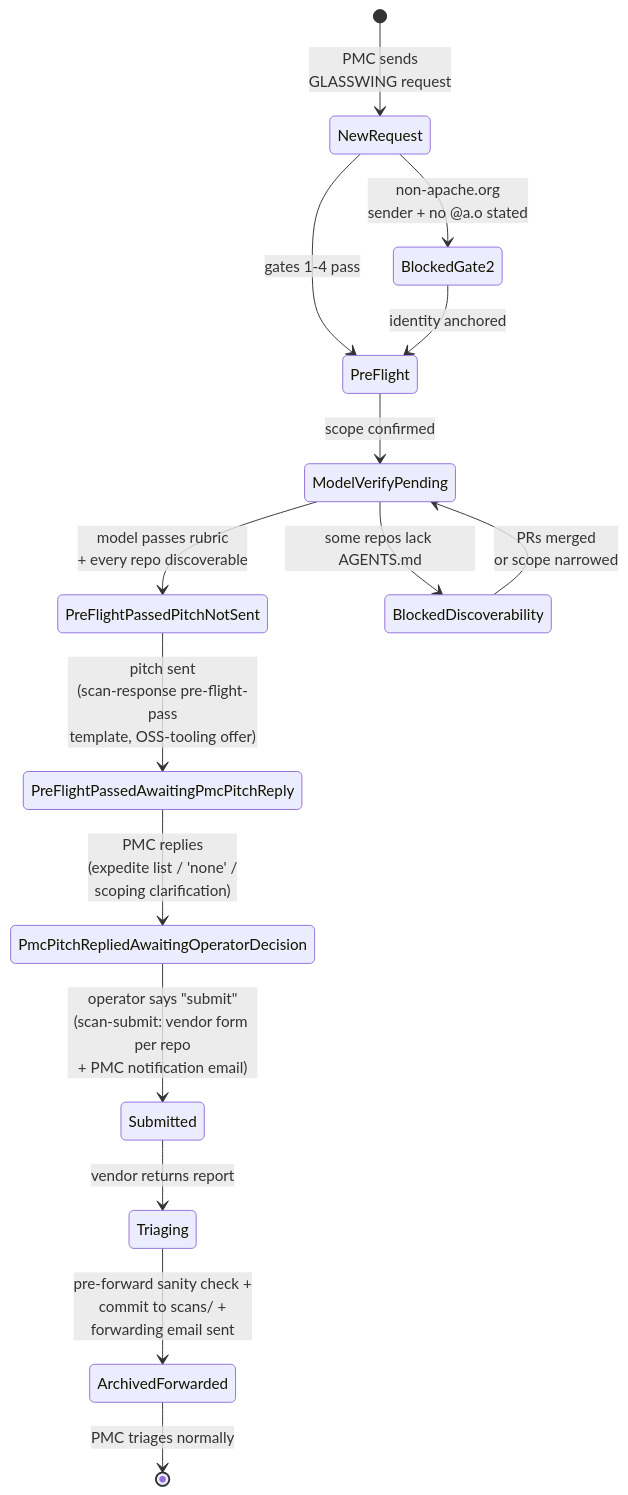
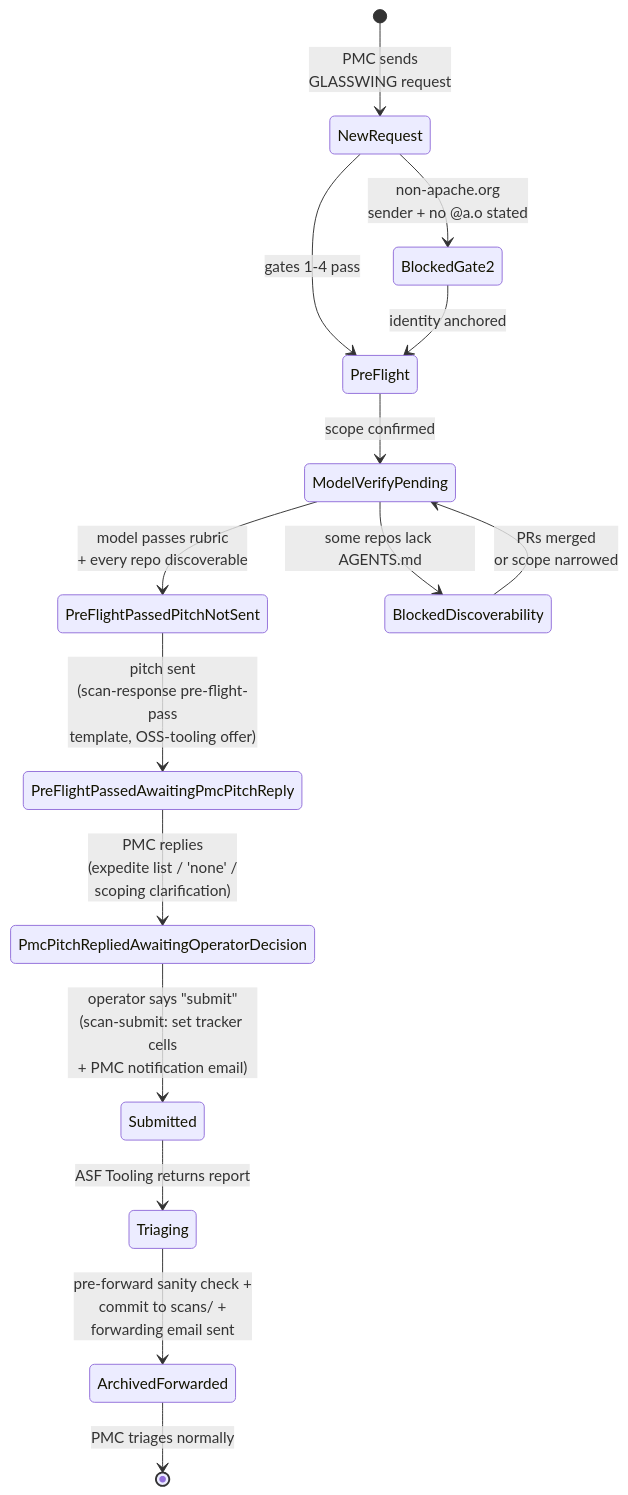
One commit to raboof/apache-security-dash changed the third of 5 diagrams in README.md. Above: the diagram before and after it, drawn with Mermaid. The commit also changed other lines of this file and 16 other files, not shown here.

````diff
--- a/README.md
+++ b/README.md
@@ -187,17 +191,17 @@
 ```mermaid
 stateDiagram-v2
     [*] --> NewRequest: PMC sends<br/>GLASSWING request
     NewRequest --> PreFlight: gates 1-4 pass
     NewRequest --> BlockedGate2: non-apache.org<br/>sender + no @a.o stated
     BlockedGate2 --> PreFlight: identity anchored
     PreFlight --> ModelVerifyPending: scope confirmed
     ModelVerifyPending --> PreFlightPassedPitchNotSent: model passes rubric<br/>+ every repo discoverable
     ModelVerifyPending --> BlockedDiscoverability: some repos lack AGENTS.md
     BlockedDiscoverability --> ModelVerifyPending: PRs merged<br/>or scope narrowed
     PreFlightPassedPitchNotSent --> PreFlightPassedAwaitingPmcPitchReply: pitch sent<br/>(scan-response pre-flight-pass<br/>template, OSS-tooling offer)
     PreFlightPassedAwaitingPmcPitchReply --> PmcPitchRepliedAwaitingOperatorDecision: PMC replies<br/>(expedite list / 'none' /<br/>scoping clarification)
-    PmcPitchRepliedAwaitingOperatorDecision --> Submitted: operator says "submit"<br/>(scan-submit: vendor form per repo<br/>+ PMC notification email)
-    Submitted --> Triaging: vendor returns report
+    PmcPitchRepliedAwaitingOperatorDecision --> Submitted: operator says "submit"<br/>(scan-submit: set tracker cells<br/>+ PMC notification email)
+    Submitted --> Triaging: ASF Tooling returns report
     Triaging --> ArchivedForwarded: pre-forward sanity check +<br/>commit to scans/ +<br/>forwarding email sent
     ArchivedForwarded --> [*]: PMC triages normally
 ```
````
